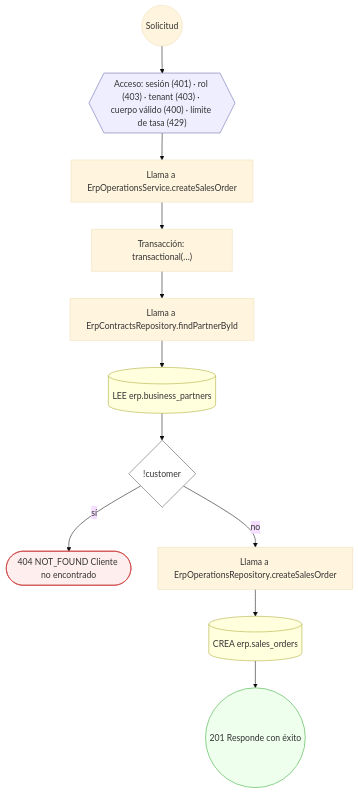
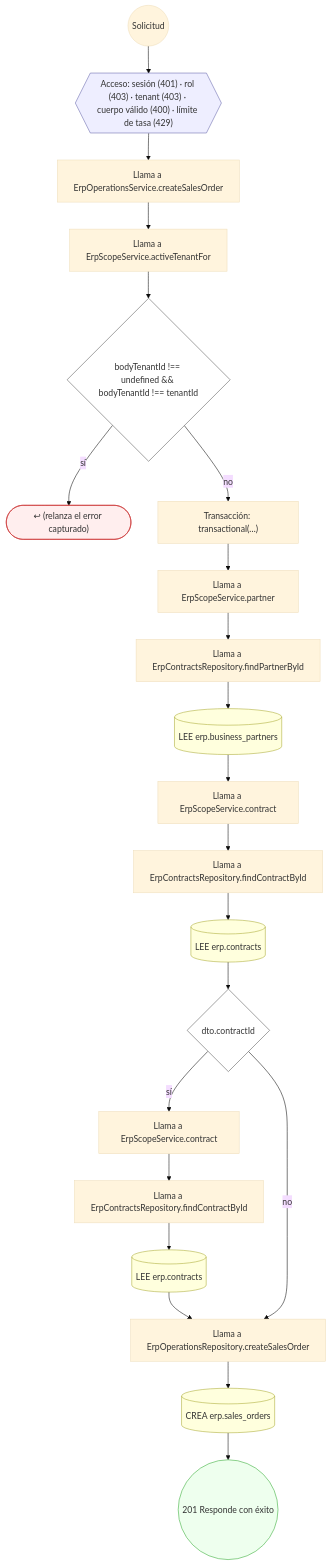
One commit to mdavila-2001/mantra-core-health-api changed diagram 16 of 16 in docs/inventario/flujos/erp.md. Above: the diagram before and after it, drawn with Mermaid (base theme). The commit also changed other lines of this file and 438 other files, not shown here.

````diff
--- a/docs/inventario/flujos/erp.md
+++ b/docs/inventario/flujos/erp.md
@@ -981,30 +1061,49 @@
 ```mermaid
 flowchart TD
   n1(("Solicitud")):::inicio
   n2{{"Acceso: sesión (401) · rol (403) · tenant (403) · cuerpo válido (400) · límite de tasa (429)"}}:::acceso
   n1 --> n2
   n3["Llama a ErpOperationsService.createSalesOrder"]:::llamada
   n2 --> n3
-  n4["Transacción: transactional(…)"]:::transaccion
+  n4["Llama a ErpScopeService.activeTenantFor"]:::llamada
   n3 --> n4
-  n5["Llama a ErpContractsRepository.findPartnerById"]:::llamada
+  n5{"bodyTenantId !== undefined && bodyTenantId !== tenantId"}:::decision
   n4 --> n5
-  n6[("LEE erp.business_partners")]:::efecto
-  n5 --> n6
-  n7{"!customer"}:::decision
-  n6 --> n7
-  n8(["404 NOT_FOUND Cliente no encontrado"]):::error
-  n7 -->|"sí"| n8
-  n9["Llama a ErpOperationsRepository.createSalesOrder"]:::llamada
-  n7 -->|"no"| n9
-  n10[("CREA erp.sales_orders")]:::efecto
+  n6(["↩ (relanza el error capturado)"]):::error
+  n5 -->|"sí"| n6
+  n7["Transacción: transactional(…)"]:::transaccion
+  n5 -->|"no"| n7
+  n8["Llama a ErpScopeService.partner"]:::llamada
+  n7 --> n8
+  n9["Llama a ErpContractsRepository.findPartnerById"]:::llamada
+  n8 --> n9
+  n10[("LEE erp.business_partners")]:::efecto
   n9 --> n10
-  n11(("201 Responde con éxito")):::ok
+  n11["Llama a ErpScopeService.contract"]:::llamada
   n10 --> n11
+  n12["Llama a ErpContractsRepository.findContractById"]:::llamada
+  n11 --> n12
+  n13[("LEE erp.contracts")]:::efecto
+  n12 --> n13
+  n14{"dto.contractId"}:::decision
+  n13 --> n14
+  n15["Llama a ErpScopeService.contract"]:::llamada
+  n14 -->|"sí"| n15
+  n16["Llama a ErpContractsRepository.findContractById"]:::llamada
+  n15 --> n16
+  n17[("LEE erp.contracts")]:::efecto
+  n16 --> n17
+  n18["Llama a ErpOperationsRepository.createSalesOrder"]:::llamada
+  n17 --> n18
+  n14 -->|"no"| n18
+  n19[("CREA erp.sales_orders")]:::efecto
+  n18 --> n19
+  n20(("201 Responde con éxito")):::ok
+  n19 --> n20
   classDef acceso fill:#eef,stroke:#66a
   classDef error fill:#fee,stroke:#c33
   classDef ok fill:#efe,stroke:#3a3
   classDef efecto fill:#ffd,stroke:#aa3
   classDef decision fill:#fff,stroke:#555
   classDef corte fill:#eee,stroke:#999,stroke-dasharray: 4
 ```
````
